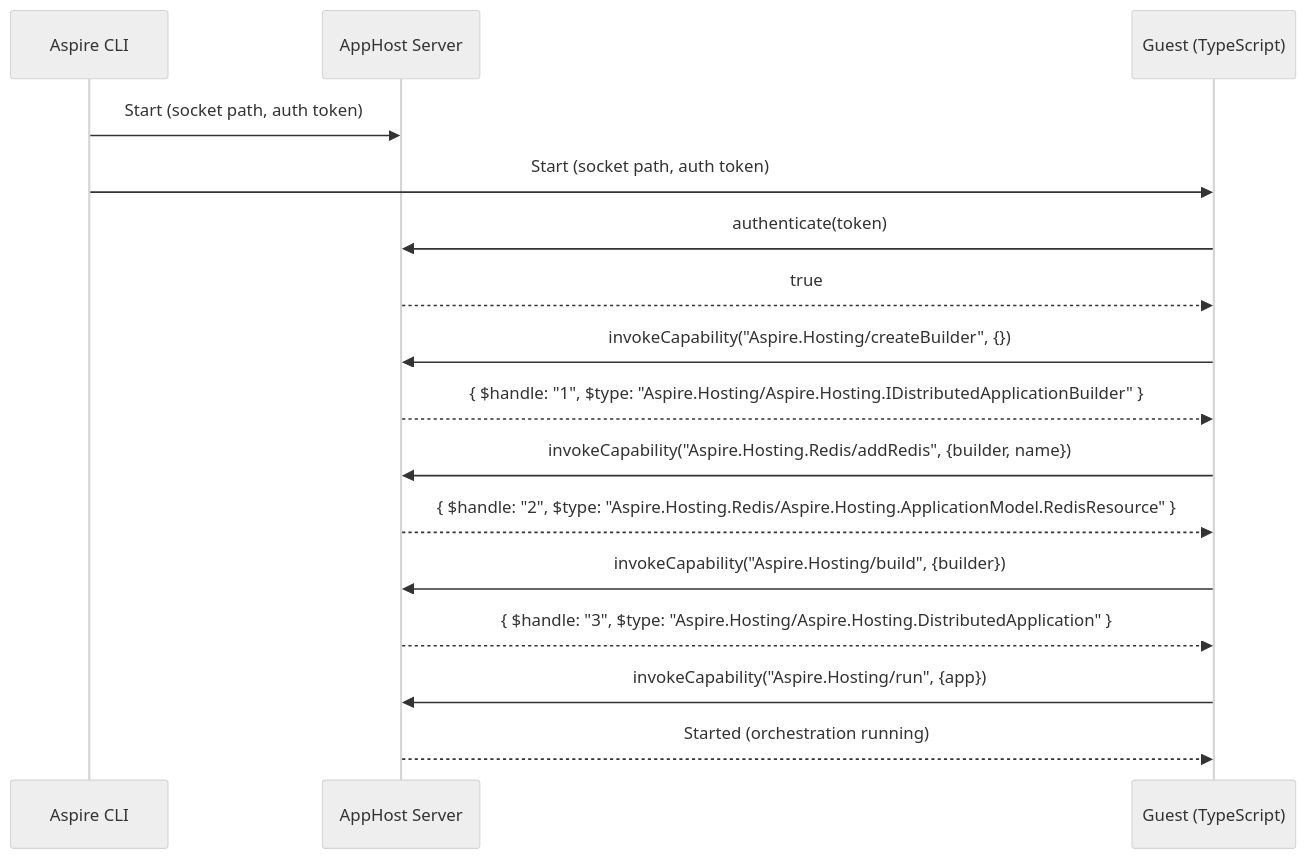
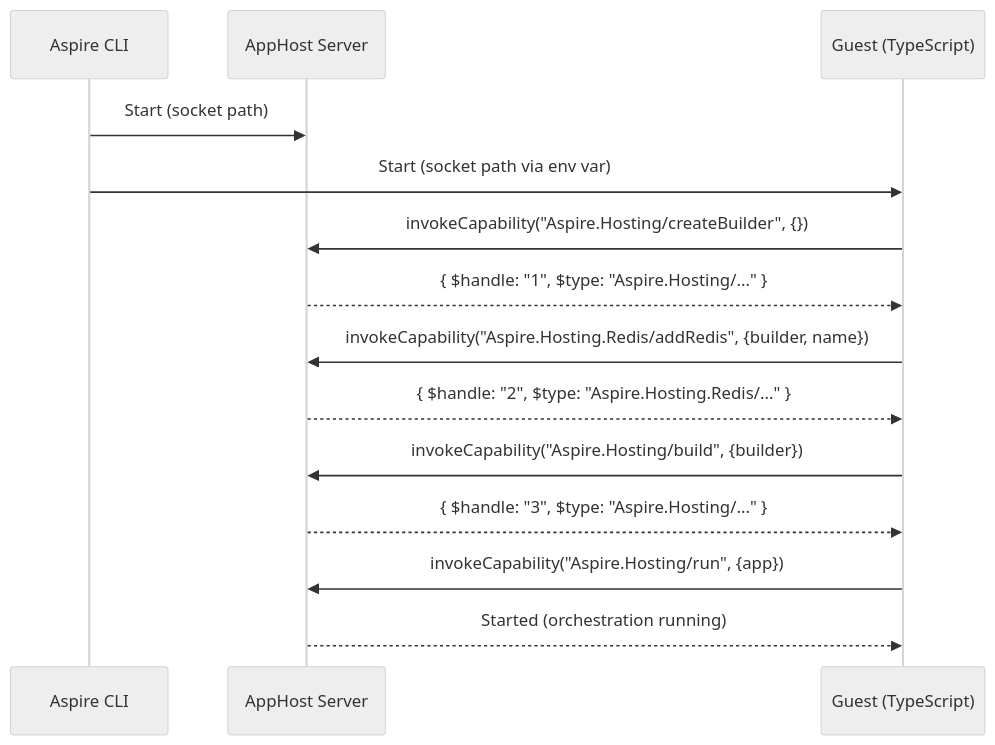
One commit to dotnet/aspire changed the second of 4 diagrams in docs/specs/polyglot-apphost.md. Above: the diagram before and after it, drawn with Mermaid (neutral theme). The commit also changed other lines of this file and 11 other files, not shown here.

````diff
--- a/docs/specs/polyglot-apphost.md
+++ b/docs/specs/polyglot-apphost.md
@@ -117,24 +140,21 @@
 ```mermaid
 sequenceDiagram
     participant CLI as Aspire CLI
     participant Host as AppHost Server
     participant Guest as Guest (TypeScript)
 
-    CLI->>Host: Start (socket path, auth token)
-    CLI->>Guest: Start (socket path, auth token)
-
-    Guest->>Host: authenticate(token)
-    Host-->>Guest: true
+    CLI->>Host: Start (socket path)
+    CLI->>Guest: Start (socket path via env var)
 
     Guest->>Host: invokeCapability("Aspire.Hosting/createBuilder", {})
-    Host-->>Guest: { $handle: "1", $type: "Aspire.Hosting/Aspire.Hosting.IDistributedApplicationBuilder" }
+    Host-->>Guest: { $handle: "1", $type: "Aspire.Hosting/..." }
 
     Guest->>Host: invokeCapability("Aspire.Hosting.Redis/addRedis", {builder, name})
-    Host-->>Guest: { $handle: "2", $type: "Aspire.Hosting.Redis/Aspire.Hosting.ApplicationModel.RedisResource" }
+    Host-->>Guest: { $handle: "2", $type: "Aspire.Hosting.Redis/..." }
 
     Guest->>Host: invokeCapability("Aspire.Hosting/build", {builder})
-    Host-->>Guest: { $handle: "3", $type: "Aspire.Hosting/Aspire.Hosting.DistributedApplication" }
+    Host-->>Guest: { $handle: "3", $type: "Aspire.Hosting/..." }
 
     Guest->>Host: invokeCapability("Aspire.Hosting/run", {app})
     Host-->>Guest: Started (orchestration running)
 ```
````
